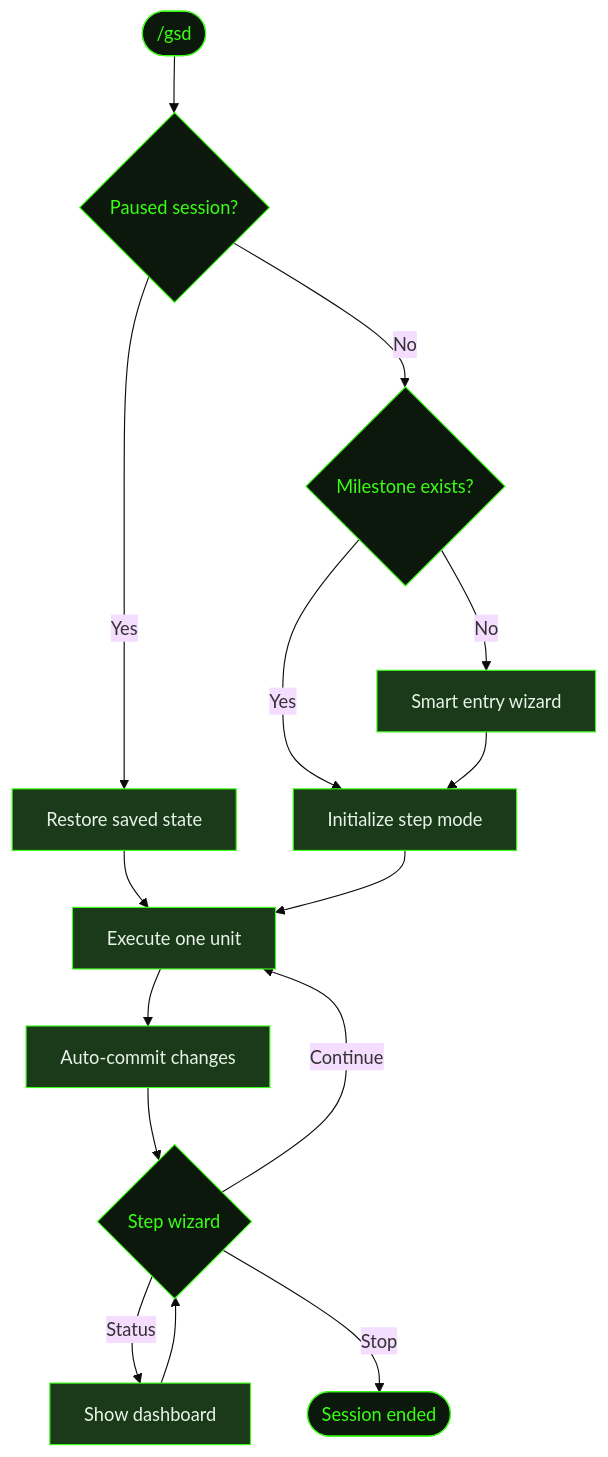
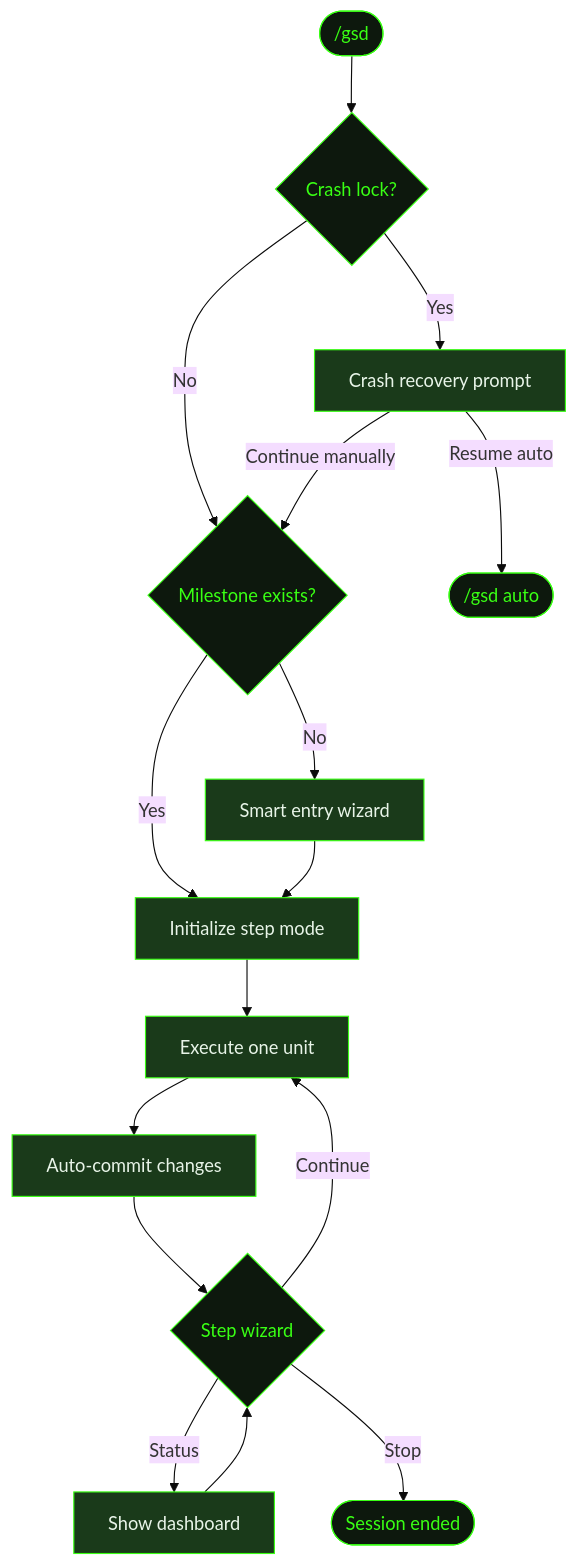
One commit to shusha-group/gsd2-guide changed the diagram in src/content/docs/commands/gsd.mdx. Above: the diagram before and after it, drawn with Mermaid (base theme). The commit also changed other lines of this file and 33 other files, not shown here.

````diff
--- a/src/content/docs/commands/gsd.mdx
+++ b/src/content/docs/commands/gsd.mdx
@@ -28,29 +43,31 @@
 ```mermaid
 flowchart TD
-    Start(["/gsd"]) --> Paused{Paused session?}
-    Paused -->|Yes| Restore[Restore saved state]
-    Paused -->|No| HasMilestone{Milestone exists?}
-    Restore --> Execute
+    Start(["/gsd"]) --> CrashLock{Crash lock?}
+    CrashLock -->|Yes| CrashPrompt[Crash recovery prompt]
+    CrashLock -->|No| HasMilestone{Milestone exists?}
+    CrashPrompt -->|Resume auto| Auto(["/gsd auto"])
+    CrashPrompt -->|Continue manually| HasMilestone
     HasMilestone -->|No| Wizard[Smart entry wizard]
     HasMilestone -->|Yes| Init[Initialize step mode]
     Wizard --> Init
     Init --> Execute[Execute one unit]
     Execute --> Commit[Auto-commit changes]
     Commit --> StepWiz{Step wizard}
     StepWiz -->|Continue| Execute
     StepWiz -->|Status| Status[Show dashboard]
     StepWiz -->|Stop| Done([Session ended])
     Status --> StepWiz
 
     style Start fill:#0d180d,stroke:#39ff14,color:#39ff14
-    style Paused fill:#0d180d,stroke:#39ff14,color:#39ff14
+    style CrashLock fill:#0d180d,stroke:#39ff14,color:#39ff14
     style HasMilestone fill:#0d180d,stroke:#39ff14,color:#39ff14
     style StepWiz fill:#0d180d,stroke:#39ff14,color:#39ff14
-    style Restore fill:#1a3a1a,stroke:#39ff14,color:#e8f4e8
+    style CrashPrompt fill:#1a3a1a,stroke:#39ff14,color:#e8f4e8
     style Wizard fill:#1a3a1a,stroke:#39ff14,color:#e8f4e8
     style Init fill:#1a3a1a,stroke:#39ff14,color:#e8f4e8
     style Execute fill:#1a3a1a,stroke:#39ff14,color:#e8f4e8
     style Commit fill:#1a3a1a,stroke:#39ff14,color:#e8f4e8
     style Status fill:#1a3a1a,stroke:#39ff14,color:#e8f4e8
     style Done fill:#0d180d,stroke:#39ff14,color:#39ff14
+    style Auto fill:#0d180d,stroke:#39ff14,color:#39ff14
 ```
````
